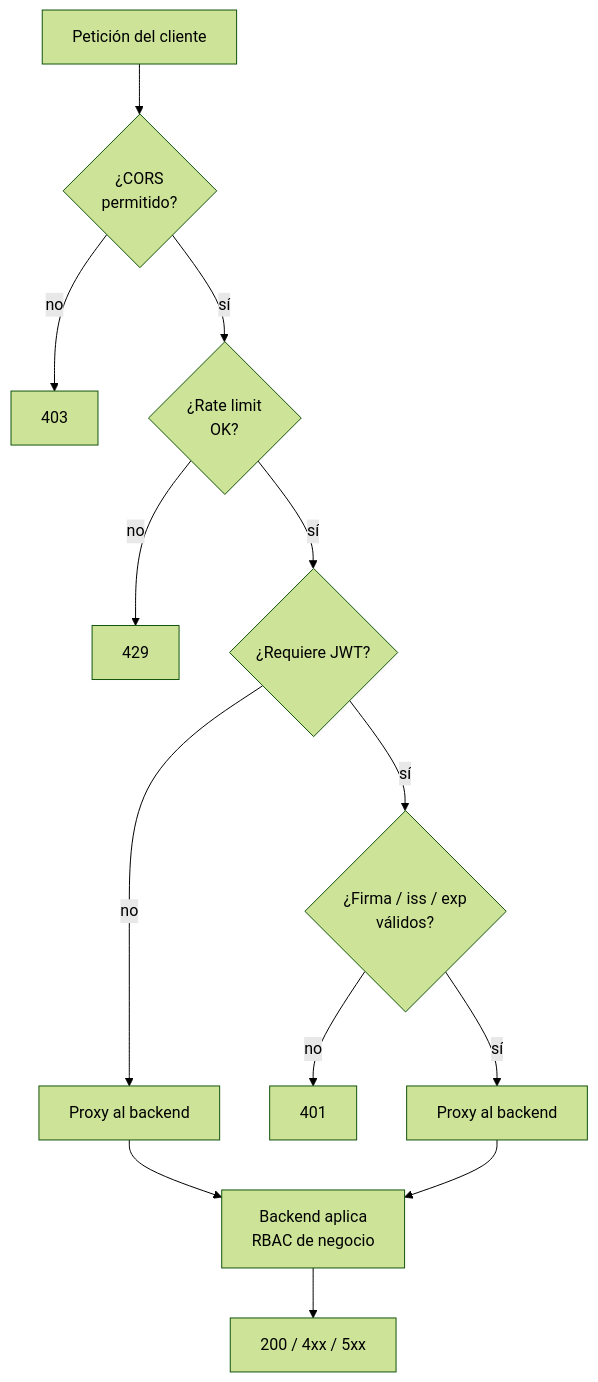
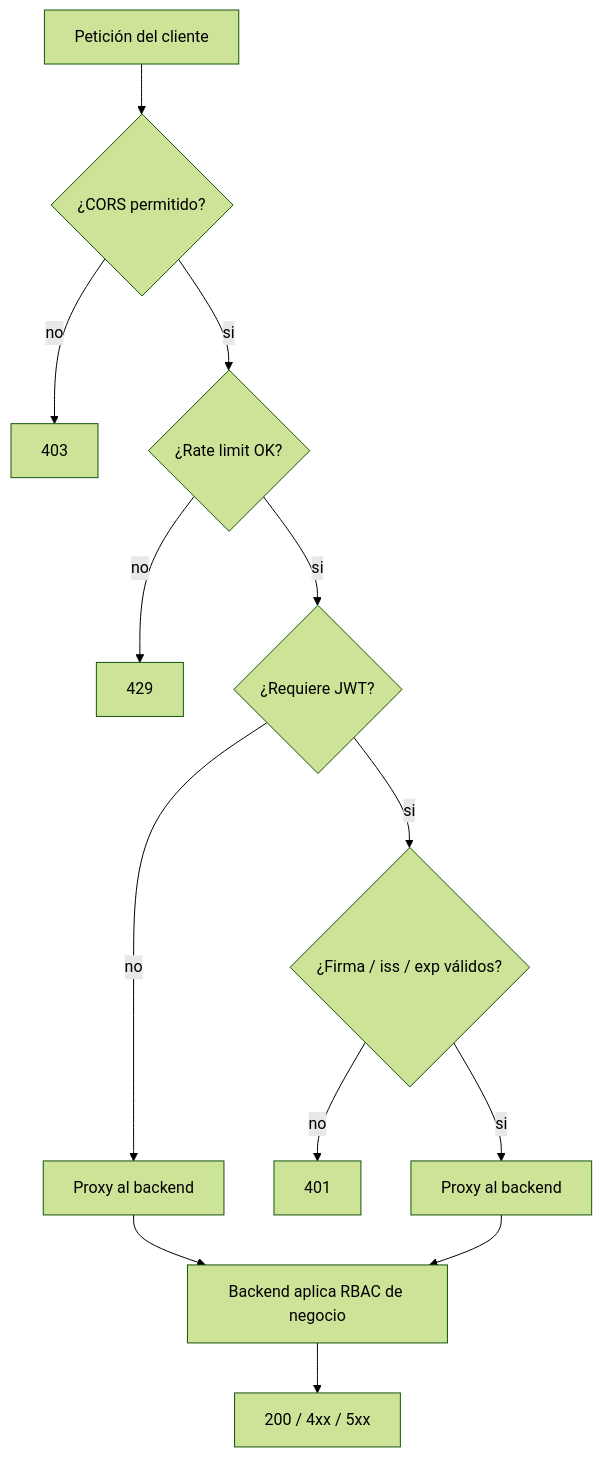
Before and after one commit to AMVMesias/Distribuidas-PC2: the seventh of 7 diagrams in README.md, drawn with Mermaid (forest theme). The commit also changed other lines of this file and 1 other file, not shown here.

````diff
--- a/README.md
+++ b/README.md
@@ -483,15 +459,15 @@
 ```mermaid
 flowchart TB
-    A["Petición del cliente"] --> B{"¿CORS<br/>permitido?"}
+    A["Petición del cliente"] --> B{"¿CORS permitido?"}
     B -- no --> X1[403]
-    B -- sí --> C{"¿Rate limit<br/>OK?"}
+    B -- si --> C{"¿Rate limit OK?"}
     C -- no --> X2[429]
-    C -- sí --> D{"¿Requiere JWT?"}
+    C -- si --> D{"¿Requiere JWT?"}
     D -- no --> E["Proxy al backend"]
-    D -- sí --> F{"¿Firma / iss / exp<br/>válidos?"}
+    D -- si --> F{"¿Firma / iss / exp válidos?"}
     F -- no --> X3[401]
-    F -- sí --> G["Proxy al backend"]
-    E --> H["Backend aplica<br/>RBAC de negocio"]
+    F -- si --> G["Proxy al backend"]
+    E --> H["Backend aplica RBAC de negocio"]
     G --> H
     H --> I["200 / 4xx / 5xx"]
 ```
````
